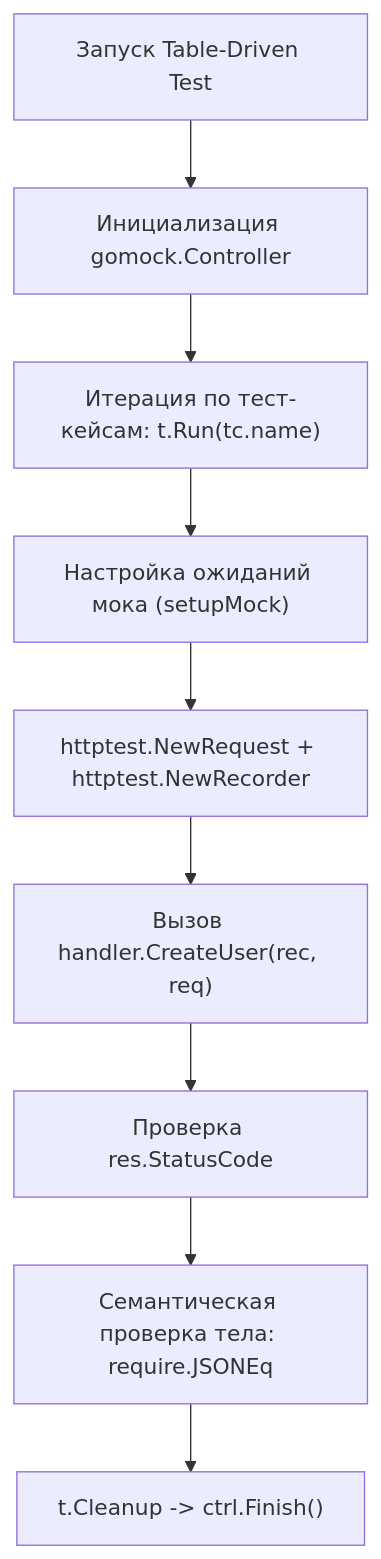
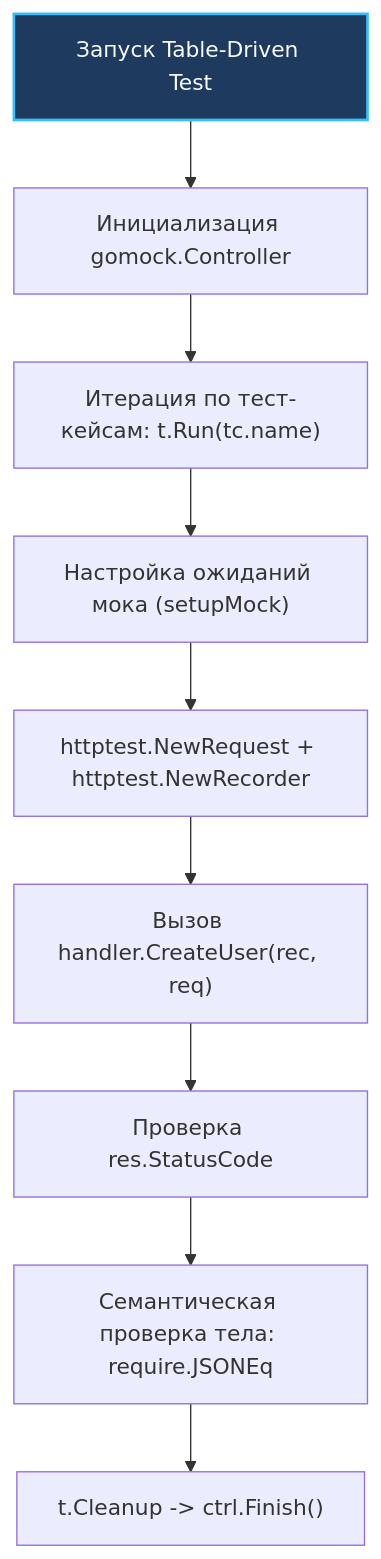
Before and after one commit to UnrealTemplier/go-textbook: the diagram in sources/15. Тестирование в Go (QA & Testing)/06. HTTP и API тестирование/2. Тестирование handler функций.md, drawn with Mermaid. The commit also changed 1666 other files, not shown here.

First line of the commit message:
feat(mermaid): add semantic color classDef to 1369 colorless flowchart/graph diagrams

````diff
--- a/sources/15. Тестирование в Go (QA & Testing)/06. HTTP и API тестирование/2. Тестирование handler функций.md
+++ b/sources/15. Тестирование в Go (QA & Testing)/06. HTTP и API тестирование/2. Тестирование handler функций.md
@@ -95,11 +95,21 @@
 ```mermaid
 flowchart TD
-    Start["Запуск Table-Driven Test"] --> InitCtrl["Инициализация gomock.Controller"]
+    classDef process  fill:#1e293b,stroke:#38bdf8,stroke-width:1px,color:#f8fafc
+    classDef success  fill:#064e3b,stroke:#34d399,stroke-width:1px,color:#f8fafc
+    classDef error    fill:#7f1d1d,stroke:#f87171,stroke-width:1px,color:#f8fafc
+    classDef warning  fill:#78350f,stroke:#fbbf24,stroke-width:1px,color:#f8fafc
+    classDef entry    fill:#1e3a5f,stroke:#38bdf8,stroke-width:2px,color:#f8fafc
+    classDef aux      fill:#334155,stroke:#64748b,stroke-width:1px,color:#f8fafc
+    classDef system   fill:#312e81,stroke:#a78bfa,stroke-width:1px,color:#f8fafc
+    classDef data     fill:#132d29,stroke:#2dd4bf,stroke-width:1px,color:#f8fafc
+    classDef network  fill:#881337,stroke:#fb7185,stroke-width:1px,color:#f8fafc
+    classDef accent   fill:#1e1b4b,stroke:#818cf8,stroke-width:1px,color:#f8fafc
+    Start["Запуск Table-Driven Test"]:::entry --> InitCtrl["Инициализация gomock.Controller"]
     InitCtrl --> Loop["Итерация по тест-кейсам: t.Run(tc.name)"]
     Loop --> MockConf["Настройка ожиданий мока (setupMock)"]
     MockConf --> CreateReq["httptest.NewRequest + httptest.NewRecorder"]
     CreateReq --> Execute["Вызов handler.CreateUser(rec, req)"]
     Execute --> AssertStatus["Проверка res.StatusCode"]
     AssertStatus --> AssertBody["Семантическая проверка тела: require.JSONEq"]
     AssertBody --> Finish["t.Cleanup -> ctrl.Finish()"]
 ```
````
